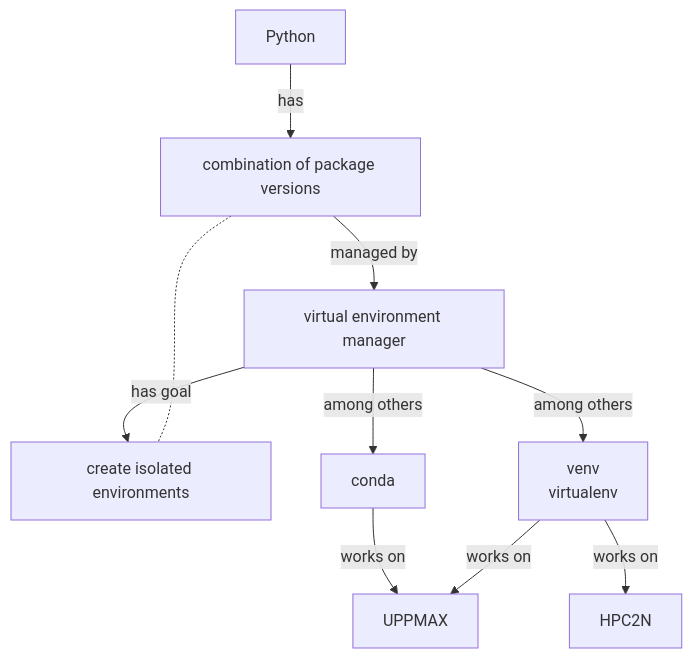
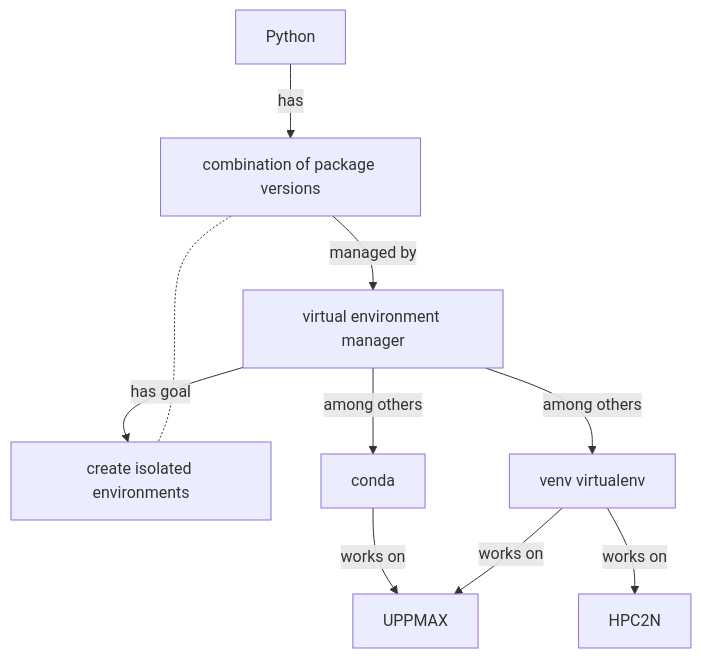
The diagram in docs/python/isolated.mmd (UPPMAX/R-python-julia-matlab-HPC), drawn with Mermaid before and after one commit. The commit also changed 6 other files, not shown here.

Commit message:
Fix mermaid markdown, progress #68

```diff
--- a/docs/python/isolated.mmd
+++ b/docs/python/isolated.mmd
@@ -1,20 +1,20 @@
 flowchart TD
   python[Python]
   package_versions[combination of package versions]
   virtual_environment_manager[virtual environment manager]
   create_isolated_environments[create isolated environments]
-  venv[venv\nvirtualenv]
+  venv[venv virtualenv]
   conda[conda]
   uppmax[UPPMAX]
   hpc2n[HPC2N]
 
   python -->|has| package_versions
   package_versions -->|managed by|virtual_environment_manager
   virtual_environment_manager --> |has goal|create_isolated_environments
   package_versions -.- create_isolated_environments
   virtual_environment_manager --> |among others|conda
   virtual_environment_manager --> |among others|venv
 
   conda -->|works on|uppmax
   venv -->|works on|uppmax
   venv -->|works on|hpc2n
```
